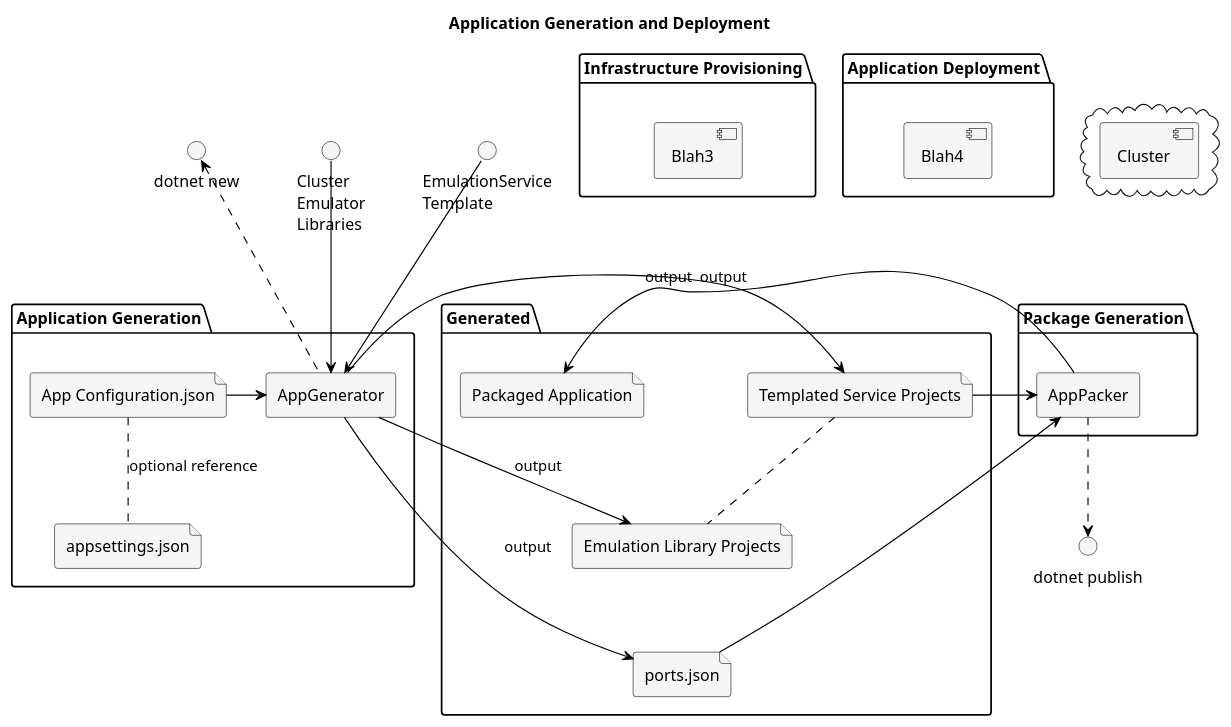
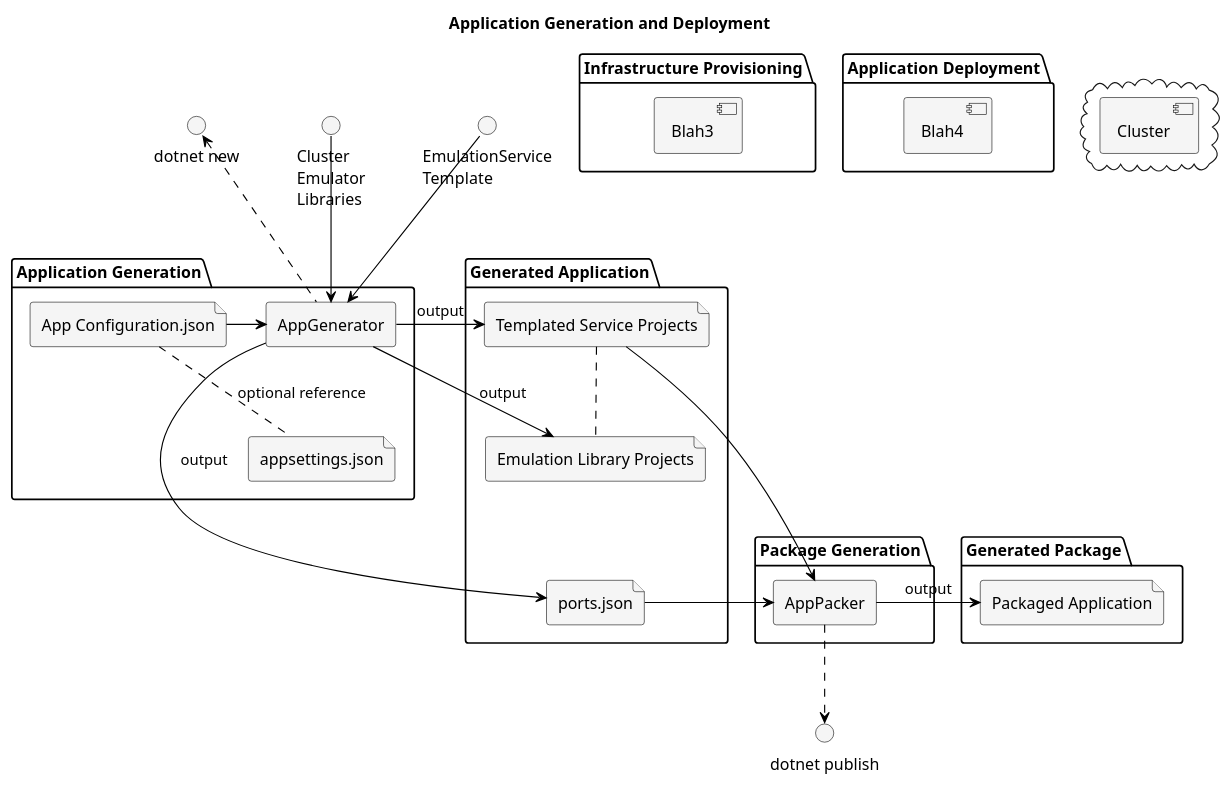
The diagram in plantuml_diagrams/FlowDiagram_BuildAndDeploy.wsd (K-Cully/performance-of-microservices), drawn with PlantUML before and after one commit.

Commit message:
clean up layout

```diff
--- a/plantuml_diagrams/FlowDiagram_BuildAndDeploy.wsd
+++ b/plantuml_diagrams/FlowDiagram_BuildAndDeploy.wsd
@@ -1,86 +1,89 @@
 @startuml
 
 title Application Generation and Deployment
 
 
 skinparam component {
   FontName Arial
   BorderColor black
   BackgroundColor whitesmoke
   ArrowColor black
 }
 
 skinparam interface {
   BorderColor black
   BackgroundColor whitesmoke
 }
 
 skinparam file {
   BorderColor black
   BackgroundColor whitesmoke
 }
 
 skinparam agent {
   BorderColor black
   BackgroundColor whitesmoke
 }
 
 interface "dotnet new" as dotnetNew
 interface "Cluster\nEmulator\nLibraries" as ClusterLibraries
 interface "EmulationService\nTemplate" as ServiceTemplate
 
-folder Generated {
+folder "Generated Application" {
     file "ports.json" as ports
     file "Emulation Library Projects" as libraries
     file "Templated Service Projects" as projects
-    file "Packaged Application" as appPackage
 }
 
 projects .. libraries
 libraries -[hidden]-> ports
 
 package "Application Generation" {
     agent AppGenerator
 
     file "appsettings.json" as appSettings
     file "App Configuration.json" as appConfig
 
     appConfig .. appSettings : optional reference
     appConfig -> AppGenerator
 
     AppGenerator .up.> dotnetNew
 
     AppGenerator -> projects : output
     AppGenerator -> libraries : output
     AppGenerator -> ports : output
 }
 
 ServiceTemplate --> AppGenerator
 ClusterLibraries --> AppGenerator
 
 interface "dotnet publish" as dotnetPub
 
+folder "Generated Package" {    
+    file "Packaged Application" as appPackage
+}
+
 package "Package Generation" {
     agent AppPacker
 
     ports -> AppPacker
     projects -> AppPacker
 
     AppPacker ..> dotnetPub
     AppPacker -> appPackage : output
 }
 
 package "Infrastructure Provisioning" {
     [Blah3]
 }
 
 package "Application Deployment" {
     [Blah4]
 }
 
 cloud {
     [Cluster]
 }
 
 
 @enduml
```
